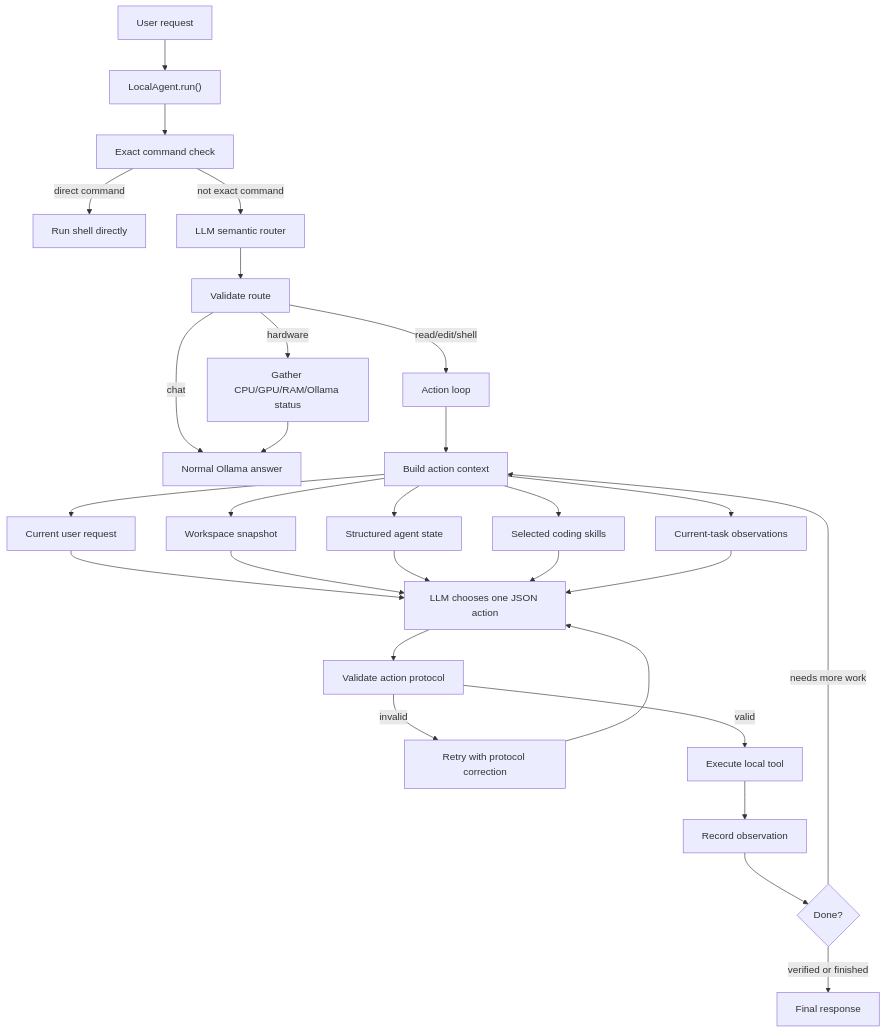
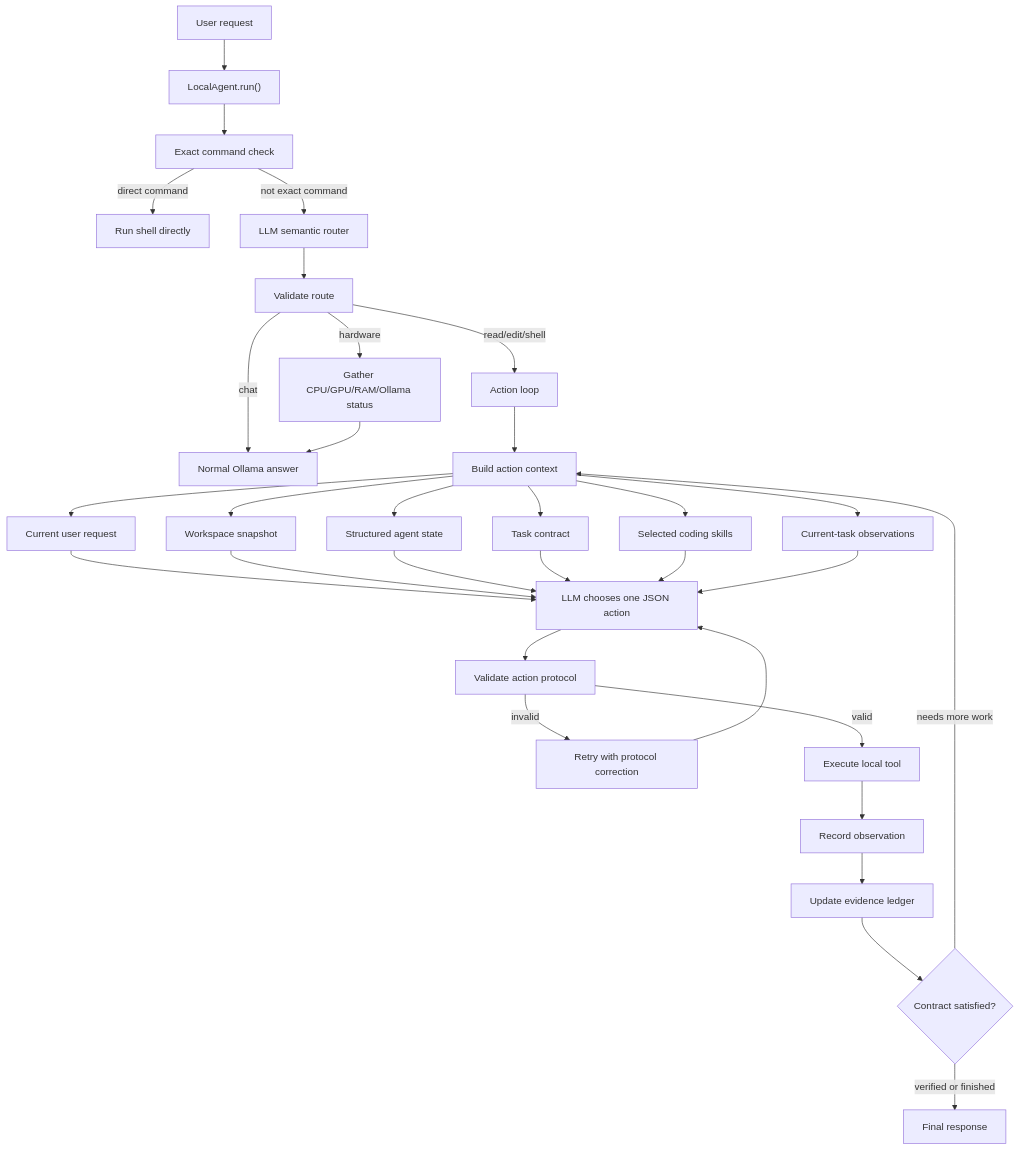
One commit to Linbooooo/LocalAgenticAI changed the diagram in docs/architecture.md. Above: the diagram before and after it, drawn with Mermaid. The commit also changed other lines of this file and 7 other files, not shown here.

Commit message:
Add task contract finish gate

````diff
--- a/docs/architecture.md
+++ b/docs/architecture.md
@@ -5,39 +5,42 @@
 ```mermaid
 flowchart TD
     A["User request"] --> B["LocalAgent.run()"]
 
     B --> C["Exact command check"]
     C -->|direct command| D["Run shell directly"]
     C -->|not exact command| E["LLM semantic router"]
 
     E --> F["Validate route"]
     F -->|chat| G["Normal Ollama answer"]
     F -->|hardware| H["Gather CPU/GPU/RAM/Ollama status"]
     F -->|read/edit/shell| I["Action loop"]
 
     H --> G
 
     I --> J["Build action context"]
     J --> K["Current user request"]
     J --> L["Workspace snapshot"]
     J --> M["Structured agent state"]
-    J --> N["Selected coding skills"]
-    J --> O["Current-task observations"]
+    J --> N["Task contract"]
+    J --> O["Selected coding skills"]
+    J --> P["Current-task observations"]
 
-    K --> P["LLM chooses one JSON action"]
-    L --> P
-    M --> P
-    N --> P
-    O --> P
+    K --> Q["LLM chooses one JSON action"]
+    L --> Q
+    M --> Q
+    N --> Q
+    O --> Q
+    P --> Q
 
-    P --> Q["Validate action protocol"]
-    Q -->|invalid| R["Retry with protocol correction"]
-    R --> P
+    Q --> R["Validate action protocol"]
+    R -->|invalid| S["Retry with protocol correction"]
+    S --> Q
 
-    Q -->|valid| S["Execute local tool"]
-    S --> T["Record observation"]
+    R -->|valid| T["Execute local tool"]
+    T --> U["Record observation"]
+    U --> V["Update evidence ledger"]
 
-    T --> U{"Done?"}
-    U -->|needs more work| J
-    U -->|verified or finished| V["Final response"]
+    V --> W{"Contract satisfied?"}
+    W -->|needs more work| J
+    W -->|verified or finished| X["Final response"]
 ```
````
